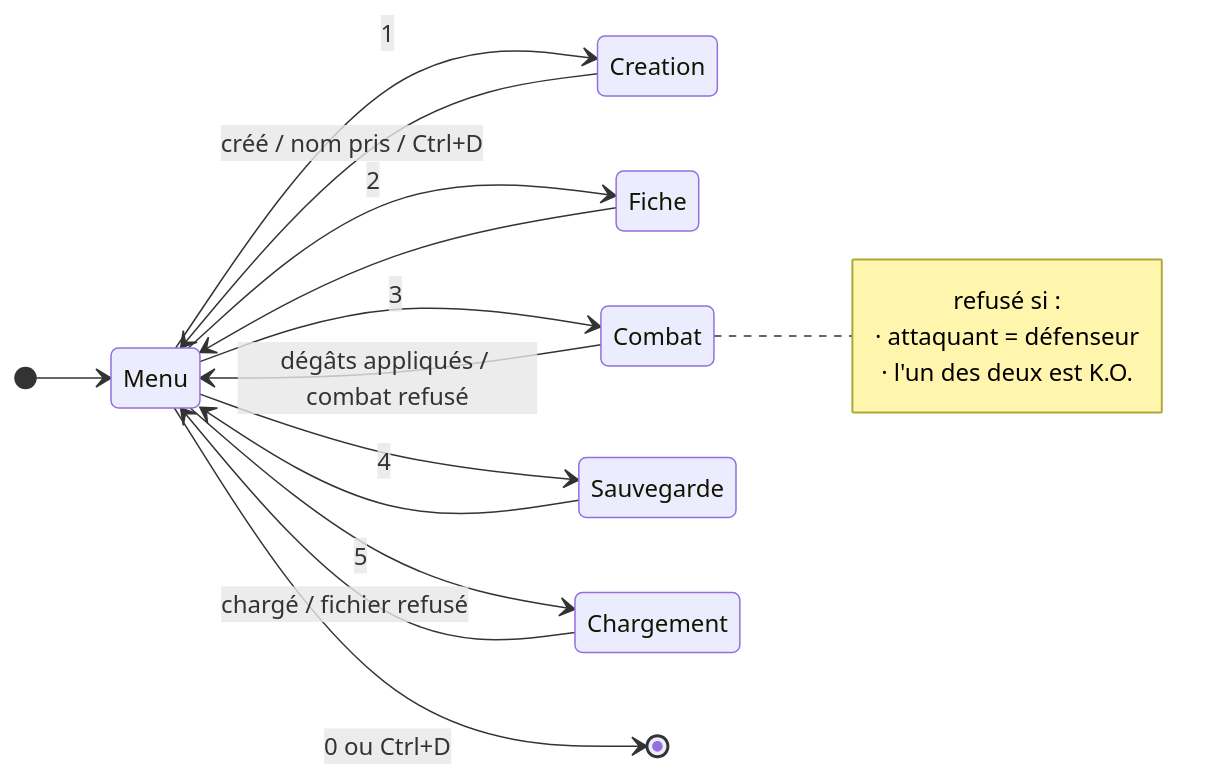
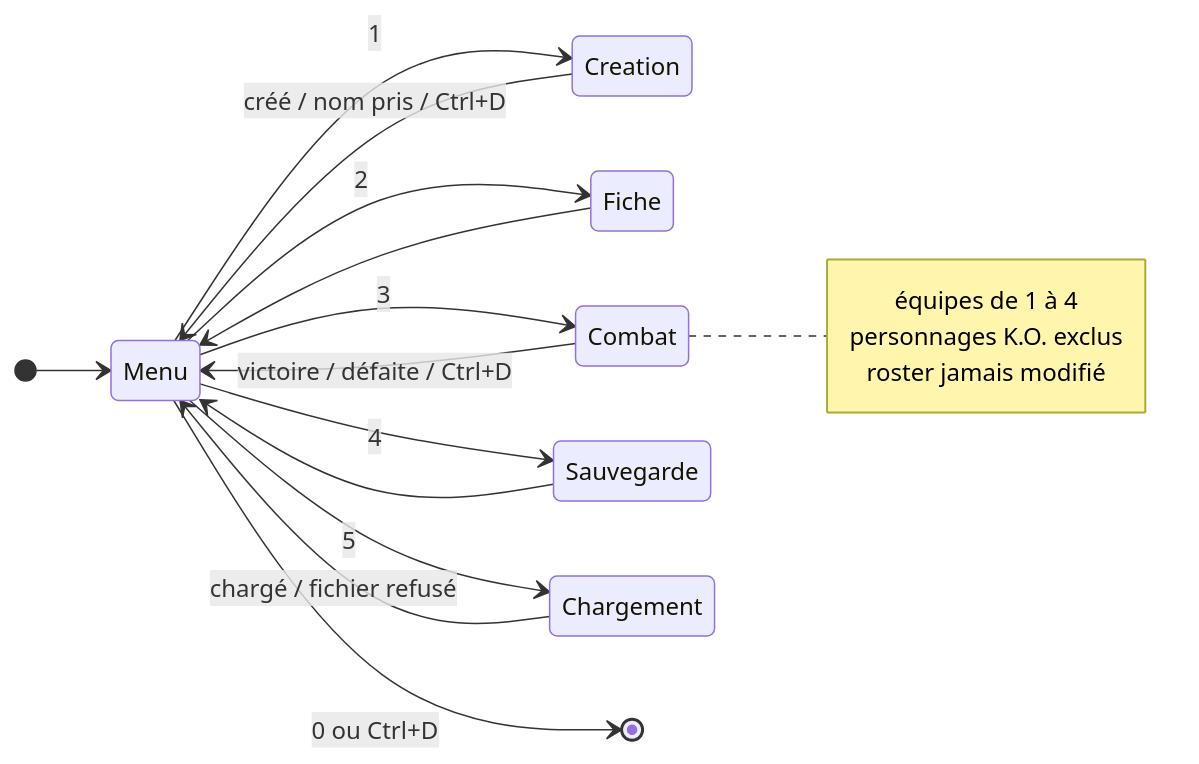
The first of 9 diagrams in README.md (Vylllixis/RedStrings), drawn with Mermaid before and after one commit. The commit also changed other lines of this file, not shown here.

Commit message:
📝 docs(readme): combat en équipe, soin, nouveau format de sauvegarde

````diff
--- a/README.md
+++ b/README.md
@@ -201,23 +206,23 @@
 ```mermaid
 stateDiagram-v2
     direction LR
     [*] --> Menu
     Menu --> Creation: 1
     Menu --> Fiche: 2
     Menu --> Combat: 3
     Menu --> Sauvegarde: 4
     Menu --> Chargement: 5
     Menu --> [*]: 0 ou Ctrl+D
 
     Creation --> Menu: créé / nom pris / Ctrl+D
     Fiche --> Menu
-    Combat --> Menu: dégâts appliqués / combat refusé
+    Combat --> Menu: victoire / défaite / Ctrl+D
     Sauvegarde --> Menu
     Chargement --> Menu: chargé / fichier refusé
 
     note right of Combat
-        refusé si :
-        · attaquant = défenseur
-        · l'un des deux est K.O.
+        équipes de 1 à 4
+        personnages K.O. exclus
+        roster jamais modifié
     end note
 ```
````
